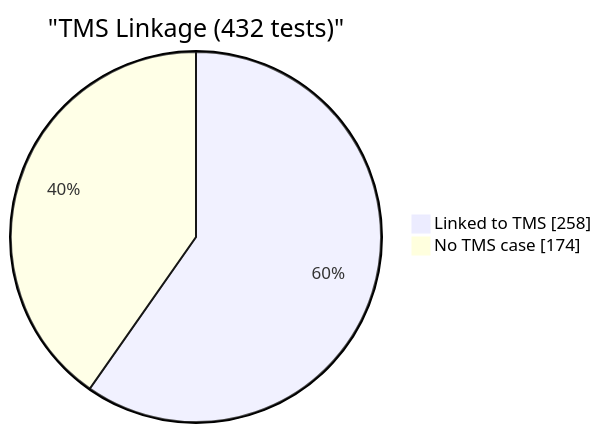
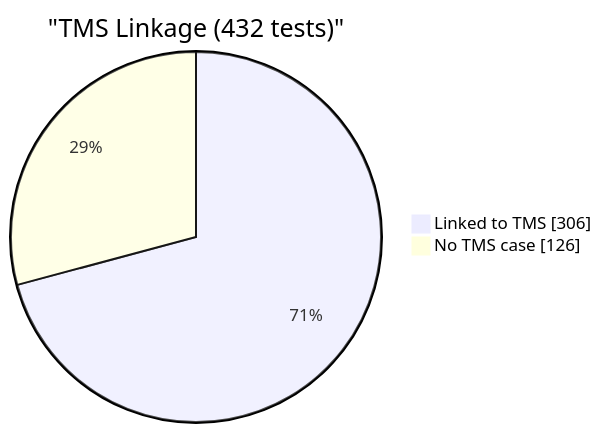
One commit to EliteaAI/onetest-ai-tm-Elitea changed the third of 3 diagrams in reports/dashboard.md. Above: the diagram before and after it, drawn with Mermaid. The commit also changed other lines of this file and 1 other file, not shown here.

````diff
--- a/reports/dashboard.md
+++ b/reports/dashboard.md
@@ -67,6 +67,6 @@
 ```mermaid
 pie showData
     title "TMS Linkage (432 tests)"
-    "Linked to TMS" : 258
-    "No TMS case" : 174
+    "Linked to TMS" : 306
+    "No TMS case" : 126
 ```
````
